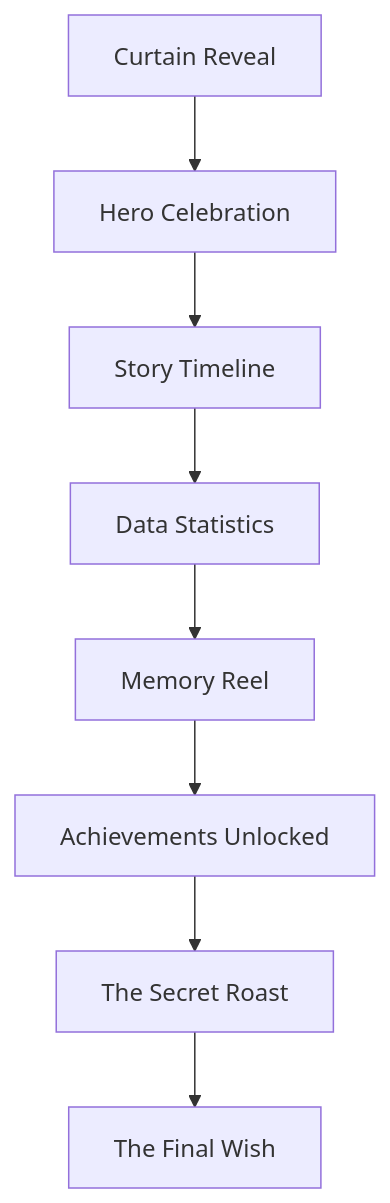
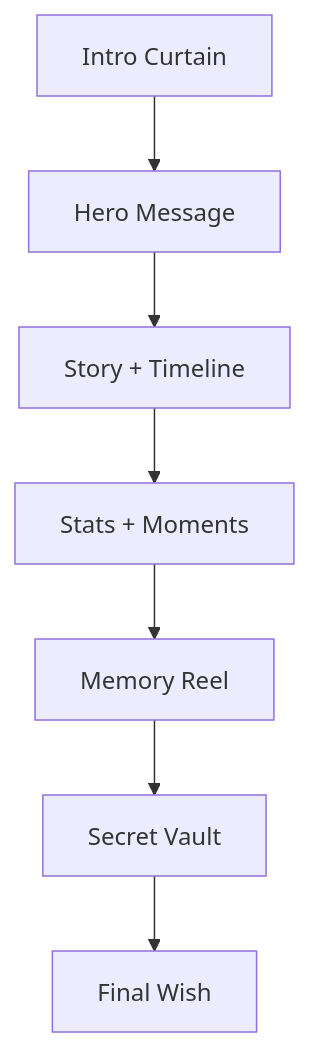
Before and after one commit to aadityashekhar321/Birthday: the diagram in README.md, drawn with Mermaid. The commit also changed other lines of this file, not shown here.

````diff
--- a/README.md
+++ b/README.md
@@ -50,10 +50,9 @@
 ```mermaid
 graph TD
-    A[Curtain Reveal] --> B[Hero Celebration]
-    B --> C[Story Timeline]
-    C --> D[Data Statistics]
+    A[Intro Curtain] --> B[Hero Message]
+    B --> C[Story + Timeline]
+    C --> D[Stats + Moments]
     D --> E[Memory Reel]
-    E --> F[Achievements Unlocked]
-    F --> G[The Secret Roast]
-    G --> H[The Final Wish]
+    E --> F[Secret Vault]
+    F --> G[Final Wish]
 ```
````
